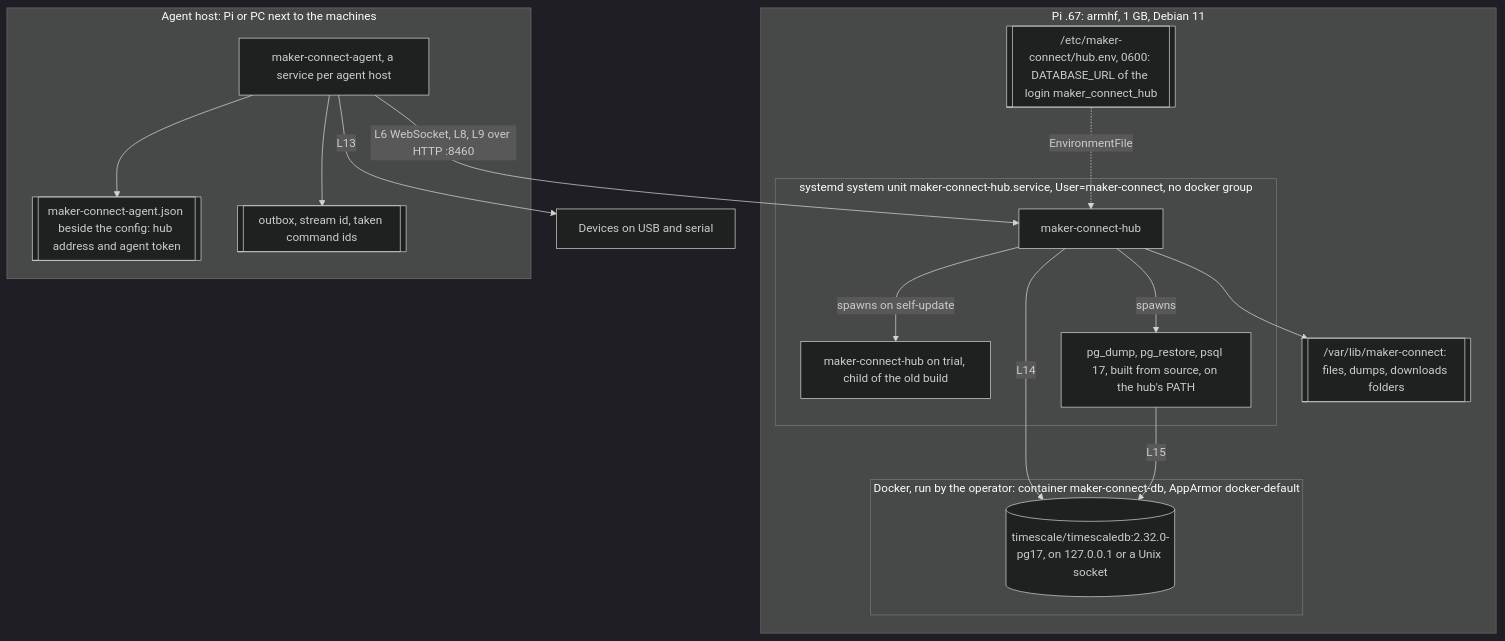
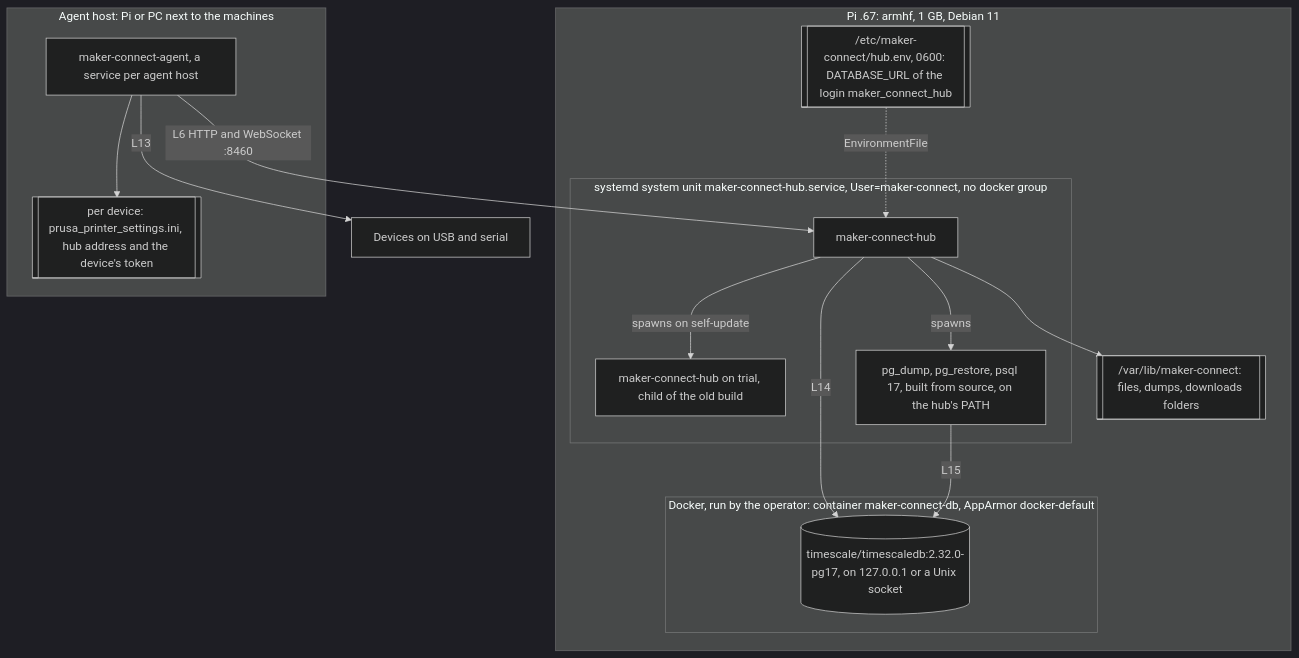
One commit to CuriousTimo/Maker-Connect changed the fifth of 5 diagrams in docs/design/architecture.md. Above: the diagram before and after it, drawn with Mermaid (dark theme). The commit also changed other lines of this file and 12 other files, not shown here.

First line of the commit message:
design: the agent link is the Prusa Connect printer protocol

````diff
--- a/docs/design/architecture.md
+++ b/docs/design/architecture.md
@@ -317,31 +317,29 @@
 ```mermaid
 flowchart TB
   subgraph pi["Pi .67: armhf, 1 GB, Debian 11"]
     subgraph unit["systemd system unit maker-connect-hub.service, User=maker-connect, no docker group"]
       hubp["maker-connect-hub"]
       trial["maker-connect-hub on trial, child of the old build"]
       tools["pg_dump, pg_restore, psql 17, built from source, on the hub's PATH"]
     end
     env[["/etc/maker-connect/hub.env, 0600: DATABASE_URL of the login maker_connect_hub"]]
     home[["/var/lib/maker-connect: files, dumps, downloads folders"]]
     subgraph dock["Docker, run by the operator: container maker-connect-db, AppArmor docker-default"]
       pg[("timescale/timescaledb:2.32.0-pg17, on 127.0.0.1 or a Unix socket")]
     end
   end
   subgraph ah["Agent host: Pi or PC next to the machines"]
     agentp["maker-connect-agent, a service per agent host"]
-    cred[["maker-connect-agent.json beside the config: hub address and agent token"]]
-    outbox[["outbox, stream id, taken command ids"]]
+    cred[["per device: prusa_printer_settings.ini, hub address and the device's token"]]
   end
   devs["Devices on USB and serial"]
   env -.->|"EnvironmentFile"| hubp
   hubp -->|"L14"| pg
   hubp -->|"spawns"| tools
   tools -->|"L15"| pg
   hubp -->|"spawns on self-update"| trial
   hubp --> home
   agentp --> cred
-  agentp --> outbox
-  agentp -->|"L6 WebSocket, L8, L9 over HTTP :8460"| hubp
+  agentp -->|"L6 HTTP and WebSocket :8460"| hubp
   agentp -->|"L13"| devs
 ```
````
